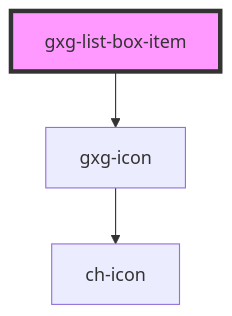
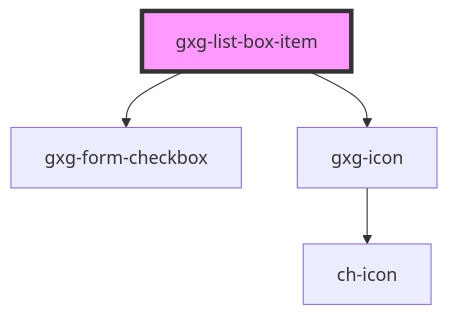
The diagram in src/components/list-box-item/readme.md (genexuslabs/gemini), drawn with Mermaid before and after one commit. The commit also changed other lines of this file and 7 other files, not shown here.

````diff
--- a/src/components/list-box-item/readme.md
+++ b/src/components/list-box-item/readme.md
@@ -31,6 +32,7 @@
 ```mermaid
 graph TD;
+  gxg-list-box-item --> gxg-form-checkbox
   gxg-list-box-item --> gxg-icon
   gxg-icon --> ch-icon
   style gxg-list-box-item fill:#f9f,stroke:#333,stroke-width:4px
 ```
````
